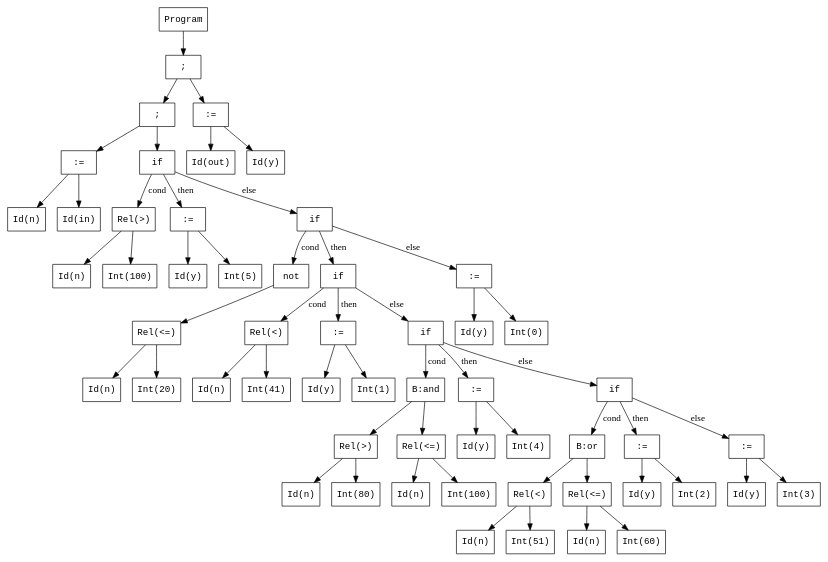
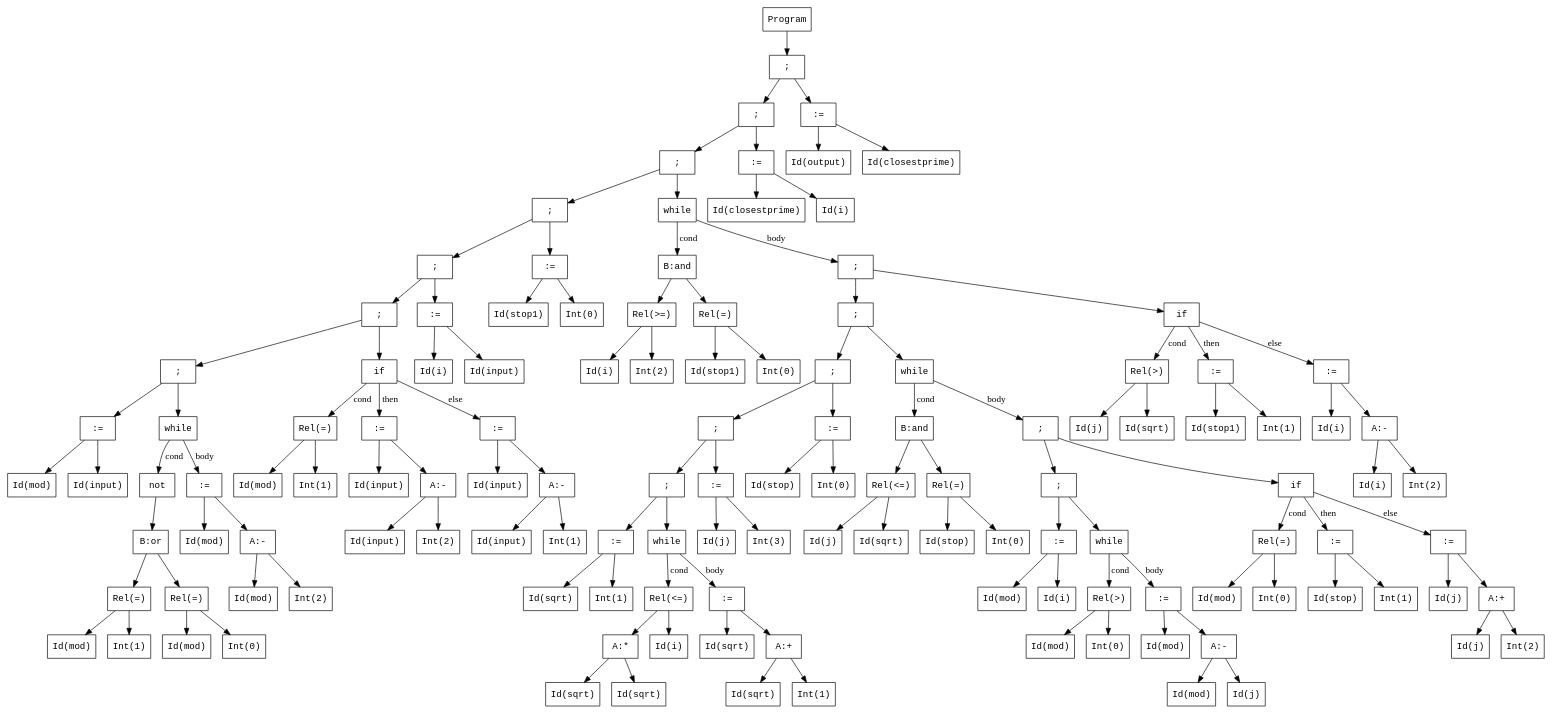
One commit to CatchSyntaxTerror/Terminators changed the diagram in task5/ast.dot. Above: the diagram before and after it, drawn with Graphviz. The commit also changed 19 other files, not shown here.

```diff
--- a/task5/ast.dot
+++ b/task5/ast.dot
@@ -3,112 +3,260 @@
   n1 [label="Program"];
   n2 [label=";"];
   n3 [label=";"];
-  n4 [label=":="];
-  n5 [label="Id(n)"];
-  n6 [label="Id(in)"];
-  n4 -> n5;
-  n4 -> n6;
-  n7 [label="if"];
-  n8 [label="Rel(>)"];
-  n9 [label="Id(n)"];
-  n10 [label="Int(100)"];
-  n8 -> n9;
-  n8 -> n10;
-  n11 [label=":="];
-  n12 [label="Id(y)"];
-  n13 [label="Int(5)"];
-  n11 -> n12;
-  n11 -> n13;
-  n14 [label="if"];
-  n15 [label="not"];
-  n16 [label="Rel(<=)"];
-  n17 [label="Id(n)"];
-  n18 [label="Int(20)"];
-  n16 -> n17;
-  n16 -> n18;
+  n4 [label=";"];
+  n5 [label=";"];
+  n6 [label=";"];
+  n7 [label=";"];
+  n8 [label=";"];
+  n9 [label=":="];
+  n10 [label="Id(mod)"];
+  n11 [label="Id(input)"];
+  n9 -> n10;
+  n9 -> n11;
+  n12 [label="while"];
+  n13 [label="not"];
+  n14 [label="B:or"];
+  n15 [label="Rel(=)"];
+  n16 [label="Id(mod)"];
+  n17 [label="Int(1)"];
   n15 -> n16;
-  n19 [label="if"];
-  n20 [label="Rel(<)"];
-  n21 [label="Id(n)"];
-  n22 [label="Int(41)"];
-  n20 -> n21;
-  n20 -> n22;
-  n23 [label=":="];
-  n24 [label="Id(y)"];
-  n25 [label="Int(1)"];
+  n15 -> n17;
+  n18 [label="Rel(=)"];
+  n19 [label="Id(mod)"];
+  n20 [label="Int(0)"];
+  n18 -> n19;
+  n18 -> n20;
+  n14 -> n15;
+  n14 -> n18;
+  n13 -> n14;
+  n21 [label=":="];
+  n22 [label="Id(mod)"];
+  n23 [label="A:-"];
+  n24 [label="Id(mod)"];
+  n25 [label="Int(2)"];
   n23 -> n24;
   n23 -> n25;
+  n21 -> n22;
+  n21 -> n23;
+  n12 -> n13 [label="cond"];
+  n12 -> n21 [label="body"];
+  n8 -> n9;
+  n8 -> n12;
   n26 [label="if"];
-  n27 [label="B:and"];
-  n28 [label="Rel(>)"];
-  n29 [label="Id(n)"];
-  n30 [label="Int(80)"];
-  n28 -> n29;
-  n28 -> n30;
-  n31 [label="Rel(<=)"];
-  n32 [label="Id(n)"];
-  n33 [label="Int(100)"];
-  n31 -> n32;
-  n31 -> n33;
+  n27 [label="Rel(=)"];
+  n28 [label="Id(mod)"];
+  n29 [label="Int(1)"];
   n27 -> n28;
-  n27 -> n31;
-  n34 [label=":="];
-  n35 [label="Id(y)"];
-  n36 [label="Int(4)"];
-  n34 -> n35;
-  n34 -> n36;
-  n37 [label="if"];
-  n38 [label="B:or"];
-  n39 [label="Rel(<)"];
-  n40 [label="Id(n)"];
-  n41 [label="Int(51)"];
-  n39 -> n40;
-  n39 -> n41;
-  n42 [label="Rel(<=)"];
-  n43 [label="Id(n)"];
-  n44 [label="Int(60)"];
-  n42 -> n43;
-  n42 -> n44;
-  n38 -> n39;
-  n38 -> n42;
-  n45 [label=":="];
-  n46 [label="Id(y)"];
-  n47 [label="Int(2)"];
-  n45 -> n46;
-  n45 -> n47;
-  n48 [label=":="];
-  n49 [label="Id(y)"];
-  n50 [label="Int(3)"];
+  n27 -> n29;
+  n30 [label=":="];
+  n31 [label="Id(input)"];
+  n32 [label="A:-"];
+  n33 [label="Id(input)"];
+  n34 [label="Int(2)"];
+  n32 -> n33;
+  n32 -> n34;
+  n30 -> n31;
+  n30 -> n32;
+  n35 [label=":="];
+  n36 [label="Id(input)"];
+  n37 [label="A:-"];
+  n38 [label="Id(input)"];
+  n39 [label="Int(1)"];
+  n37 -> n38;
+  n37 -> n39;
+  n35 -> n36;
+  n35 -> n37;
+  n26 -> n27 [label="cond"];
+  n26 -> n30 [label="then"];
+  n26 -> n35 [label="else"];
+  n7 -> n8;
+  n7 -> n26;
+  n40 [label=":="];
+  n41 [label="Id(i)"];
+  n42 [label="Id(input)"];
+  n40 -> n41;
+  n40 -> n42;
+  n6 -> n7;
+  n6 -> n40;
+  n43 [label=":="];
+  n44 [label="Id(stop1)"];
+  n45 [label="Int(0)"];
+  n43 -> n44;
+  n43 -> n45;
+  n5 -> n6;
+  n5 -> n43;
+  n46 [label="while"];
+  n47 [label="B:and"];
+  n48 [label="Rel(>=)"];
+  n49 [label="Id(i)"];
+  n50 [label="Int(2)"];
   n48 -> n49;
   n48 -> n50;
-  n37 -> n38 [label="cond"];
-  n37 -> n45 [label="then"];
-  n37 -> n48 [label="else"];
-  n26 -> n27 [label="cond"];
-  n26 -> n34 [label="then"];
-  n26 -> n37 [label="else"];
-  n19 -> n20 [label="cond"];
-  n19 -> n23 [label="then"];
-  n19 -> n26 [label="else"];
-  n51 [label=":="];
-  n52 [label="Id(y)"];
+  n51 [label="Rel(=)"];
+  n52 [label="Id(stop1)"];
   n53 [label="Int(0)"];
   n51 -> n52;
   n51 -> n53;
-  n14 -> n15 [label="cond"];
-  n14 -> n19 [label="then"];
-  n14 -> n51 [label="else"];
-  n7 -> n8 [label="cond"];
-  n7 -> n11 [label="then"];
-  n7 -> n14 [label="else"];
+  n47 -> n48;
+  n47 -> n51;
+  n54 [label=";"];
+  n55 [label=";"];
+  n56 [label=";"];
+  n57 [label=";"];
+  n58 [label=";"];
+  n59 [label=":="];
+  n60 [label="Id(sqrt)"];
+  n61 [label="Int(1)"];
+  n59 -> n60;
+  n59 -> n61;
+  n62 [label="while"];
+  n63 [label="Rel(<=)"];
+  n64 [label="A:*"];
+  n65 [label="Id(sqrt)"];
+  n66 [label="Id(sqrt)"];
+  n64 -> n65;
+  n64 -> n66;
+  n67 [label="Id(i)"];
+  n63 -> n64;
+  n63 -> n67;
+  n68 [label=":="];
+  n69 [label="Id(sqrt)"];
+  n70 [label="A:+"];
+  n71 [label="Id(sqrt)"];
+  n72 [label="Int(1)"];
+  n70 -> n71;
+  n70 -> n72;
+  n68 -> n69;
+  n68 -> n70;
+  n62 -> n63 [label="cond"];
+  n62 -> n68 [label="body"];
+  n58 -> n59;
+  n58 -> n62;
+  n73 [label=":="];
+  n74 [label="Id(j)"];
+  n75 [label="Int(3)"];
+  n73 -> n74;
+  n73 -> n75;
+  n57 -> n58;
+  n57 -> n73;
+  n76 [label=":="];
+  n77 [label="Id(stop)"];
+  n78 [label="Int(0)"];
+  n76 -> n77;
+  n76 -> n78;
+  n56 -> n57;
+  n56 -> n76;
+  n79 [label="while"];
+  n80 [label="B:and"];
+  n81 [label="Rel(<=)"];
+  n82 [label="Id(j)"];
+  n83 [label="Id(sqrt)"];
+  n81 -> n82;
+  n81 -> n83;
+  n84 [label="Rel(=)"];
+  n85 [label="Id(stop)"];
+  n86 [label="Int(0)"];
+  n84 -> n85;
+  n84 -> n86;
+  n80 -> n81;
+  n80 -> n84;
+  n87 [label=";"];
+  n88 [label=";"];
+  n89 [label=":="];
+  n90 [label="Id(mod)"];
+  n91 [label="Id(i)"];
+  n89 -> n90;
+  n89 -> n91;
+  n92 [label="while"];
+  n93 [label="Rel(>)"];
+  n94 [label="Id(mod)"];
+  n95 [label="Int(0)"];
+  n93 -> n94;
+  n93 -> n95;
+  n96 [label=":="];
+  n97 [label="Id(mod)"];
+  n98 [label="A:-"];
+  n99 [label="Id(mod)"];
+  n100 [label="Id(j)"];
+  n98 -> n99;
+  n98 -> n100;
+  n96 -> n97;
+  n96 -> n98;
+  n92 -> n93 [label="cond"];
+  n92 -> n96 [label="body"];
+  n88 -> n89;
+  n88 -> n92;
+  n101 [label="if"];
+  n102 [label="Rel(=)"];
+  n103 [label="Id(mod)"];
+  n104 [label="Int(0)"];
+  n102 -> n103;
+  n102 -> n104;
+  n105 [label=":="];
+  n106 [label="Id(stop)"];
+  n107 [label="Int(1)"];
+  n105 -> n106;
+  n105 -> n107;
+  n108 [label=":="];
+  n109 [label="Id(j)"];
+  n110 [label="A:+"];
+  n111 [label="Id(j)"];
+  n112 [label="Int(2)"];
+  n110 -> n111;
+  n110 -> n112;
+  n108 -> n109;
+  n108 -> n110;
+  n101 -> n102 [label="cond"];
+  n101 -> n105 [label="then"];
+  n101 -> n108 [label="else"];
+  n87 -> n88;
+  n87 -> n101;
+  n79 -> n80 [label="cond"];
+  n79 -> n87 [label="body"];
+  n55 -> n56;
+  n55 -> n79;
+  n113 [label="if"];
+  n114 [label="Rel(>)"];
+  n115 [label="Id(j)"];
+  n116 [label="Id(sqrt)"];
+  n114 -> n115;
+  n114 -> n116;
+  n117 [label=":="];
+  n118 [label="Id(stop1)"];
+  n119 [label="Int(1)"];
+  n117 -> n118;
+  n117 -> n119;
+  n120 [label=":="];
+  n121 [label="Id(i)"];
+  n122 [label="A:-"];
+  n123 [label="Id(i)"];
+  n124 [label="Int(2)"];
+  n122 -> n123;
+  n122 -> n124;
+  n120 -> n121;
+  n120 -> n122;
+  n113 -> n114 [label="cond"];
+  n113 -> n117 [label="then"];
+  n113 -> n120 [label="else"];
+  n54 -> n55;
+  n54 -> n113;
+  n46 -> n47 [label="cond"];
+  n46 -> n54 [label="body"];
+  n4 -> n5;
+  n4 -> n46;
+  n125 [label=":="];
+  n126 [label="Id(closestprime)"];
+  n127 [label="Id(i)"];
+  n125 -> n126;
+  n125 -> n127;
   n3 -> n4;
-  n3 -> n7;
-  n54 [label=":="];
-  n55 [label="Id(out)"];
-  n56 [label="Id(y)"];
-  n54 -> n55;
-  n54 -> n56;
+  n3 -> n125;
+  n128 [label=":="];
+  n129 [label="Id(output)"];
+  n130 [label="Id(closestprime)"];
+  n128 -> n129;
+  n128 -> n130;
   n2 -> n3;
-  n2 -> n54;
+  n2 -> n128;
   n1 -> n2;
 }
```
